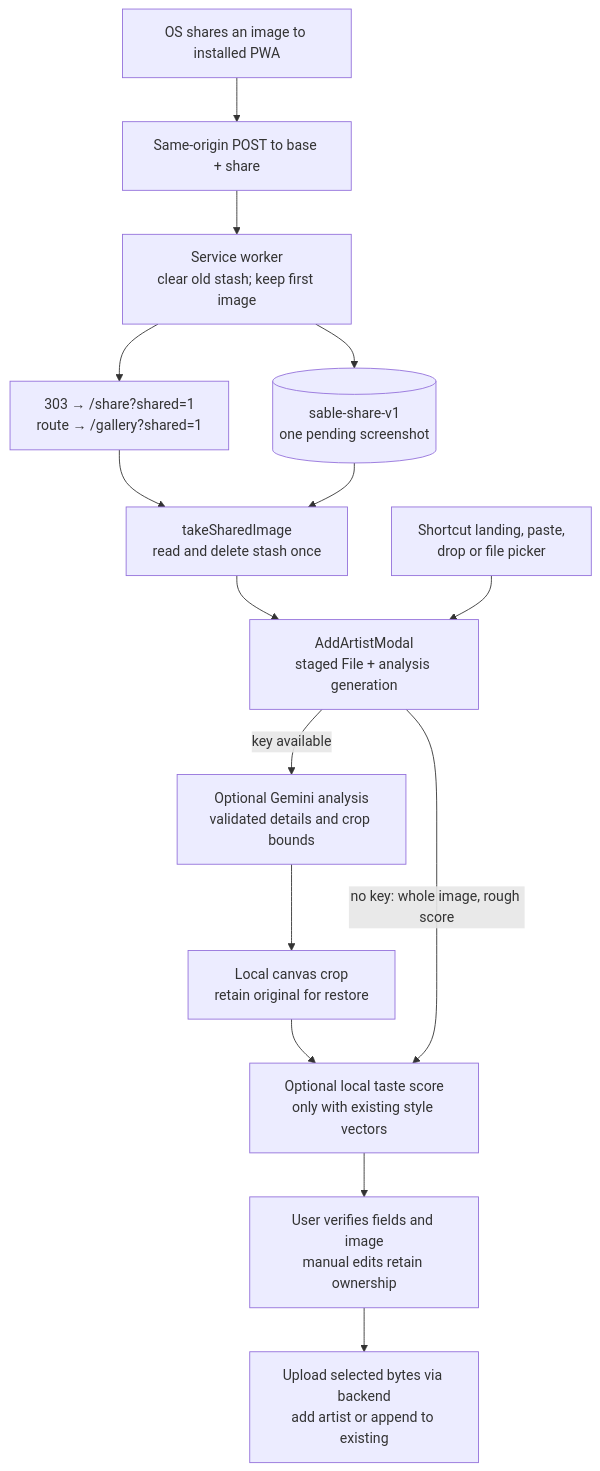
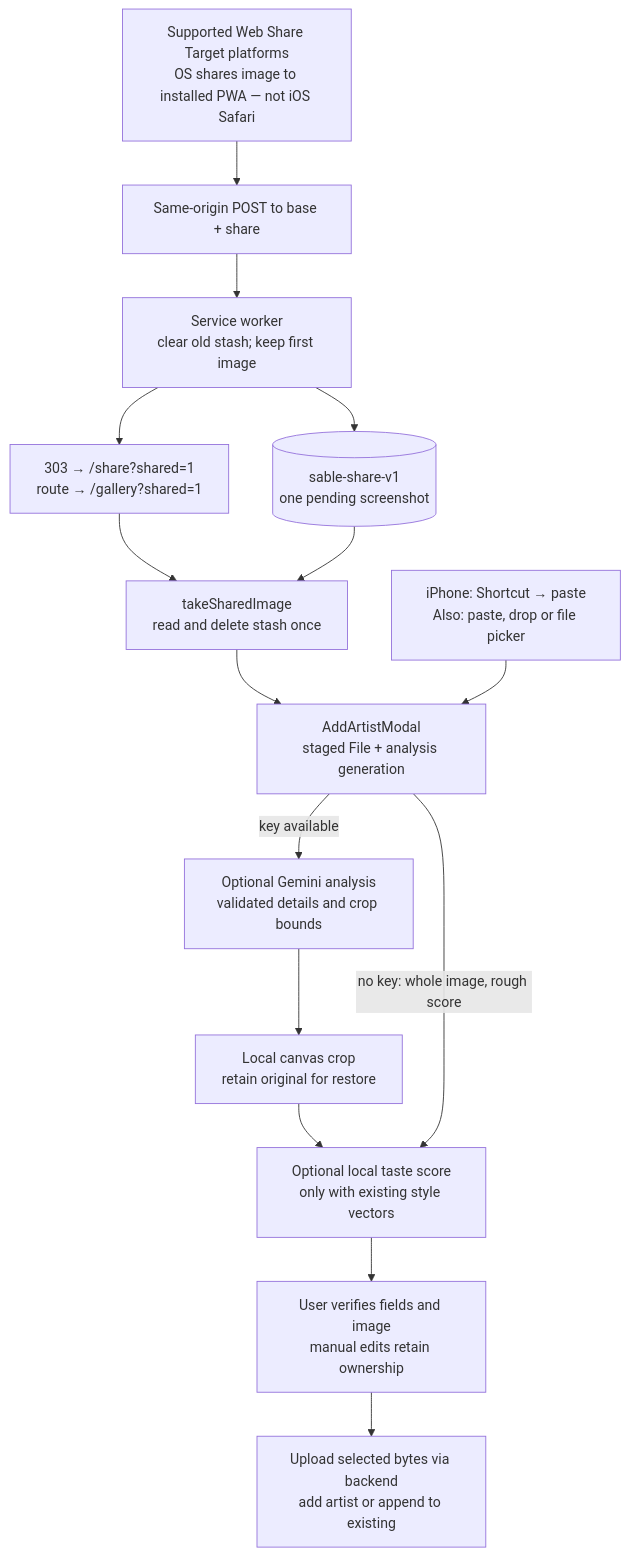
The seventh of 11 diagrams in docs/ARCHITECTURE.md (Pritesh1980/sable), drawn with Mermaid before and after one commit. The commit also changed other lines of this file and 2 other files, not shown here.

Commit message:
docs(architecture): guard against sync drift

````diff
--- a/docs/ARCHITECTURE.md
+++ b/docs/ARCHITECTURE.md
@@ -420,24 +431,24 @@
 ```mermaid
 flowchart TB
-  OS["OS shares an image to installed PWA"]
+  OS["Supported Web Share Target platforms<br/>OS shares image to installed PWA — not iOS Safari"]
   POST["Same-origin POST to base + share"]
   SW["Service worker<br/>clear old stash; keep first image"]
   STASH[("sable-share-v1<br/>one pending screenshot")]
   LAND["303 → /share?shared=1<br/>route → /gallery?shared=1"]
   TAKE["takeSharedImage<br/>read and delete stash once"]
-  PASTE["Shortcut landing, paste,<br/>drop or file picker"]
+  PASTE["iPhone: Shortcut → paste<br/>Also: paste, drop or file picker"]
   STAGE["AddArtistModal<br/>staged File + analysis generation"]
   AI["Optional Gemini analysis<br/>validated details and crop bounds"]
   CROP["Local canvas crop<br/>retain original for restore"]
   TASTE["Optional local taste score<br/>only with existing style vectors"]
   VERIFY["User verifies fields and image<br/>manual edits retain ownership"]
   SAVE["Upload selected bytes via backend<br/>add artist or append to existing"]
 
   OS --> POST --> SW --> STASH
   SW --> LAND --> TAKE
   STASH --> TAKE --> STAGE
   PASTE --> STAGE
   STAGE -- "key available" --> AI --> CROP --> TASTE
   STAGE -- "no key: whole image, rough score" --> TASTE
   TASTE --> VERIFY --> SAVE
 ```
````
